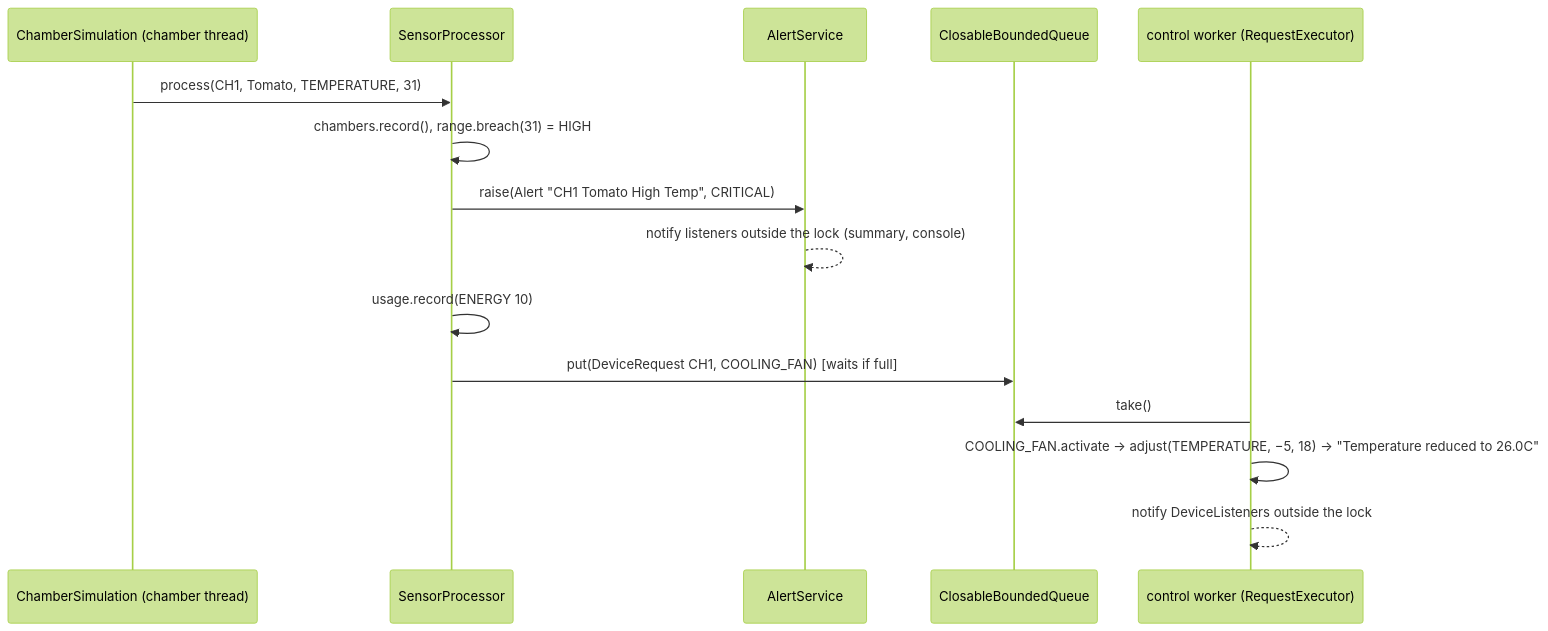
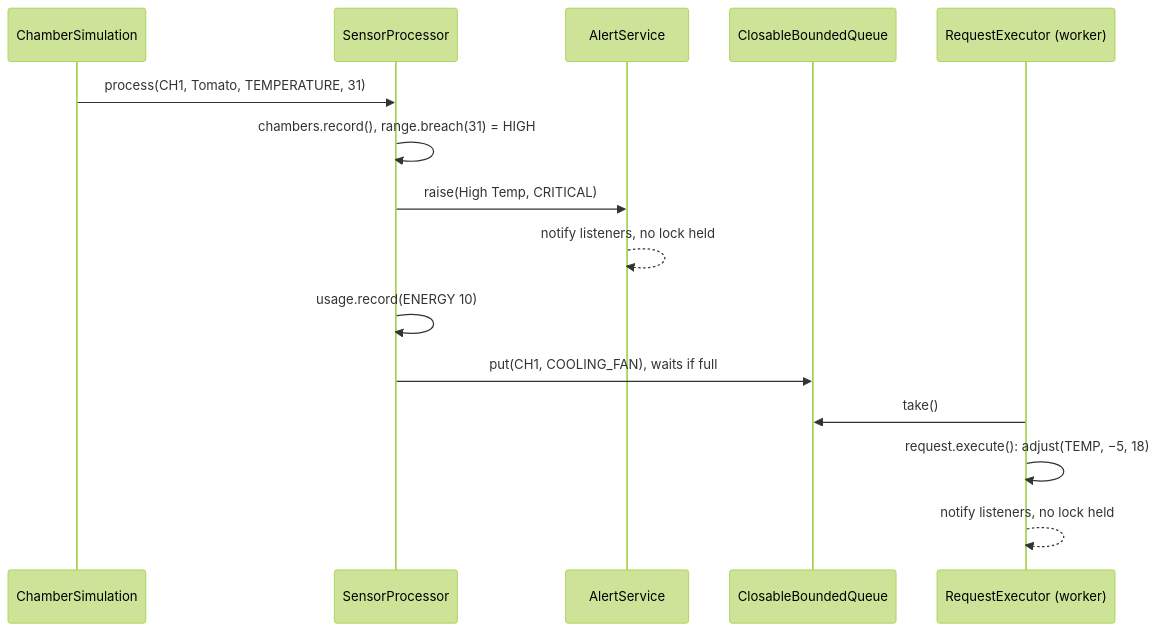
Before and after one commit to jarenlimhaan/se301-svfrms: the second of 4 diagrams in README.md, drawn with Mermaid (forest theme). The commit also changed other lines of this file and 28 other files, not shown here.

````diff
--- a/README.md
+++ b/README.md
@@ -134,17 +134,17 @@
 ```mermaid
 sequenceDiagram
-    participant Sim as ChamberSimulation (chamber thread)
+    participant Sim as ChamberSimulation
     participant SP as SensorProcessor
     participant AS as AlertService
     participant Q as ClosableBoundedQueue
-    participant W as control worker (RequestExecutor)
+    participant W as RequestExecutor (worker)
     Sim->>SP: process(CH1, Tomato, TEMPERATURE, 31)
     SP->>SP: chambers.record(), range.breach(31) = HIGH
-    SP->>AS: raise(Alert "CH1 Tomato High Temp", CRITICAL)
-    AS-->>AS: notify listeners outside the lock (summary, console)
+    SP->>AS: raise(High Temp, CRITICAL)
+    AS-->>AS: notify listeners, no lock held
     SP->>SP: usage.record(ENERGY 10)
-    SP->>Q: put(DeviceRequest CH1, COOLING_FAN) [waits if full]
+    SP->>Q: put(CH1, COOLING_FAN), waits if full
     W->>Q: take()
-    W->>W: COOLING_FAN.activate → adjust(TEMPERATURE, −5, 18) → "Temperature reduced to 26.0C"
-    W-->>W: notify DeviceListeners outside the lock
+    W->>W: request.execute(): adjust(TEMP, −5, 18)
+    W-->>W: notify listeners, no lock held
 ```
````
